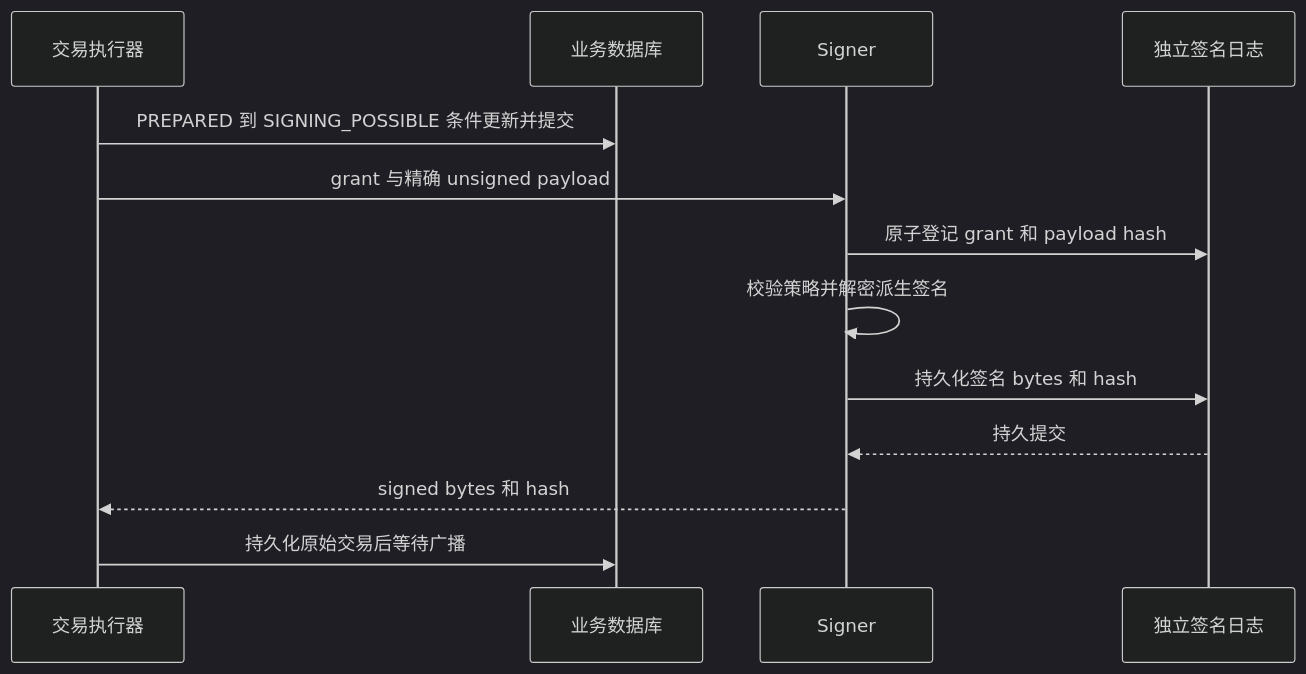
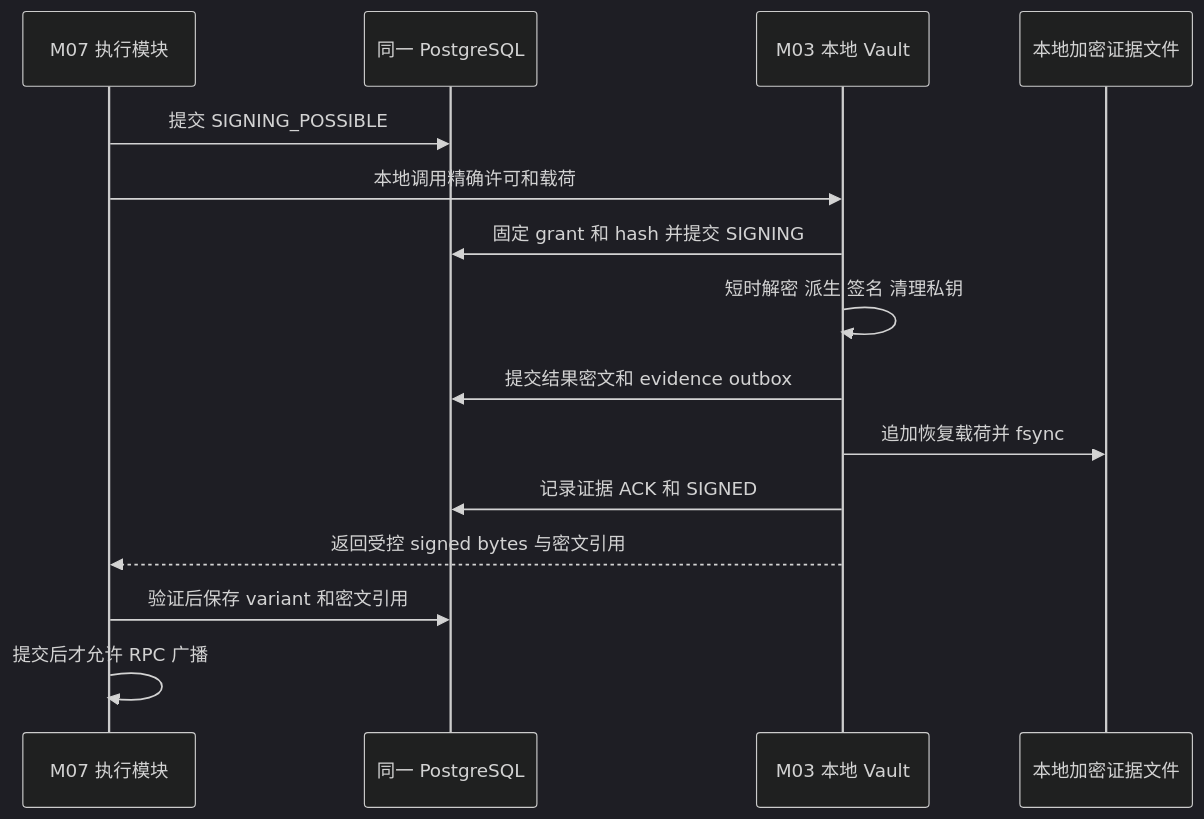
Before and after one commit to Alonoril/wallet-platform: the diagram in docs/multitenant-wallet-design/20261009-v2-detailed-design/03-key-vault-and-signer.md, drawn with Mermaid (dark theme). The commit also changed other lines of this file and 17 other files, not shown here.

````diff
--- a/docs/multitenant-wallet-design/20261009-v2-detailed-design/03-key-vault-and-signer.md
+++ b/docs/multitenant-wallet-design/20261009-v2-detailed-design/03-key-vault-and-signer.md
@@ -100,15 +173,17 @@
 ```mermaid
 sequenceDiagram
-  participant E as 交易执行器
-  participant B as 业务数据库
-  participant S as Signer
-  participant V as 独立签名日志
-  E->>B: PREPARED 到 SIGNING_POSSIBLE 条件更新并提交
-  E->>S: grant 与精确 unsigned payload
-  S->>V: 原子登记 grant 和 payload hash
-  S->>S: 校验策略并解密派生签名
-  S->>V: 持久化签名 bytes 和 hash
-  V-->>S: 持久提交
-  S-->>E: signed bytes 和 hash
-  E->>B: 持久化原始交易后等待广播
+  participant E as M07 执行模块
+  participant P as 同一 PostgreSQL
+  participant V as M03 本地 Vault
+  participant F as 本地加密证据文件
+  E->>P: 提交 SIGNING_POSSIBLE
+  E->>V: 本地调用精确许可和载荷
+  V->>P: 固定 grant 和 hash 并提交 SIGNING
+  V->>V: 短时解密 派生 签名 清理私钥
+  V->>P: 提交结果密文和 evidence outbox
+  V->>F: 追加恢复载荷并 fsync
+  V->>P: 记录证据 ACK 和 SIGNED
+  V-->>E: 返回受控 signed bytes 与密文引用
+  E->>P: 验证后保存 variant 和密文引用
+  E->>E: 提交后才允许 RPC 广播
 ```
````
